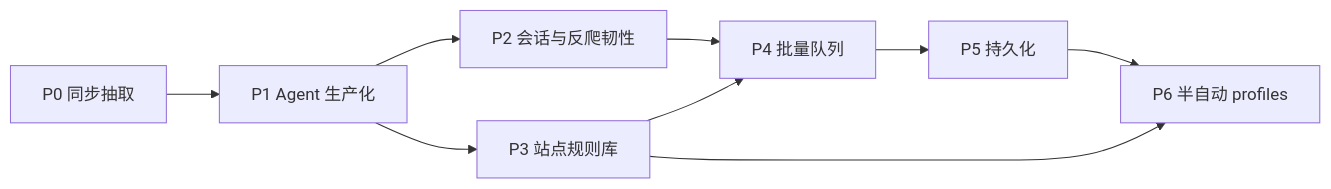
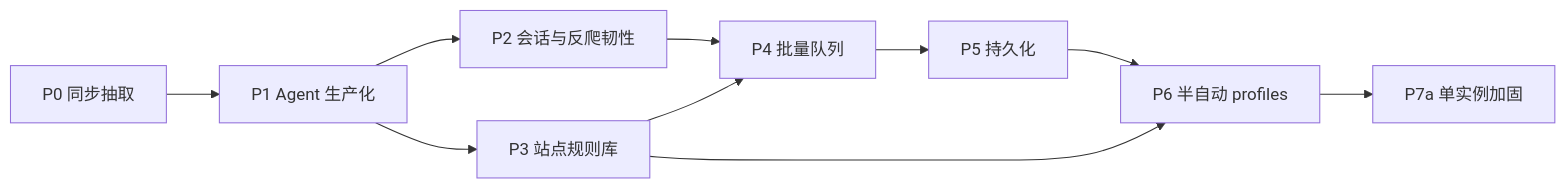
Before and after one commit to Ever12349/arachne: the diagram in docs/DESIGN.md, drawn with Mermaid. The commit also changed other lines of this file and 25 other files, not shown here.

````diff
--- a/docs/DESIGN.md
+++ b/docs/DESIGN.md
@@ -621,11 +685,12 @@
 ```mermaid
 flowchart LR
   P0[P0 同步抽取] --> P1[P1 Agent 生产化]
   P1 --> P2[P2 会话与反爬韧性]
   P1 --> P3[P3 站点规则库]
   P2 --> P4[P4 批量队列]
   P3 --> P4
   P4 --> P5[P5 持久化]
   P3 --> P6[P6 半自动 profiles]
   P5 --> P6
+  P6 --> P7[P7a 单实例加固]
 ```
````
